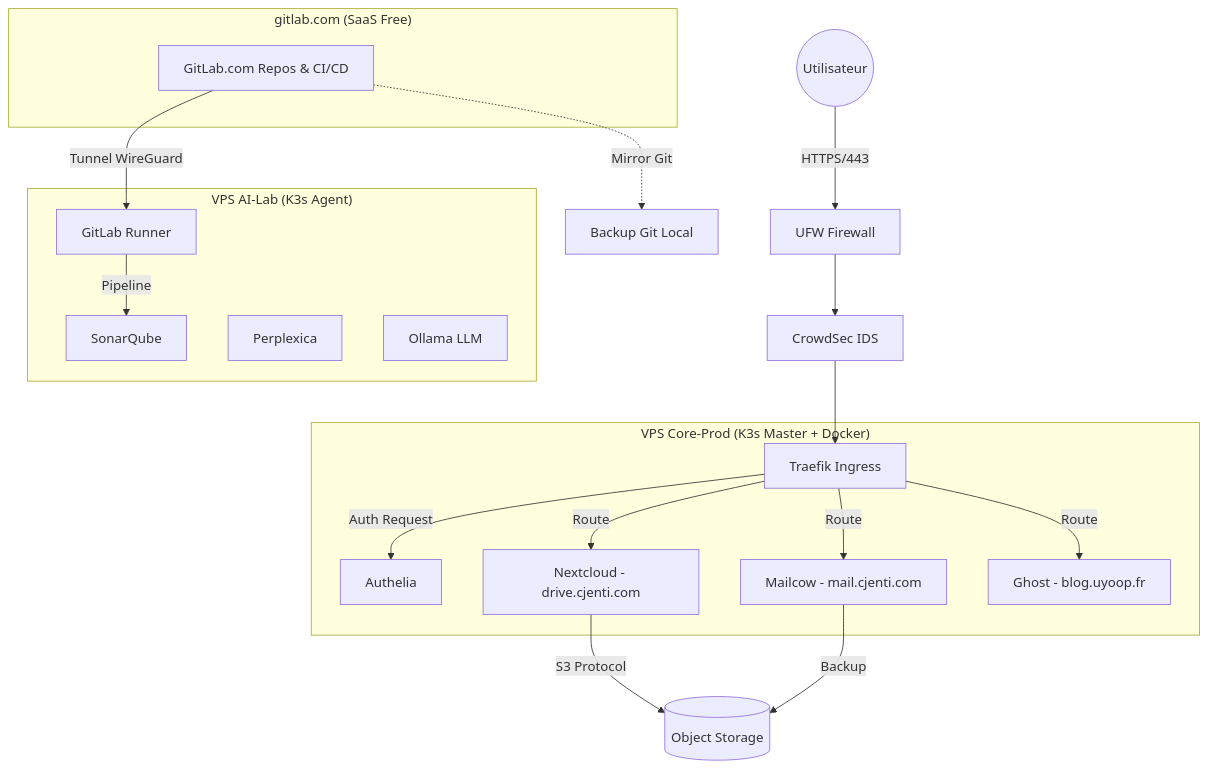
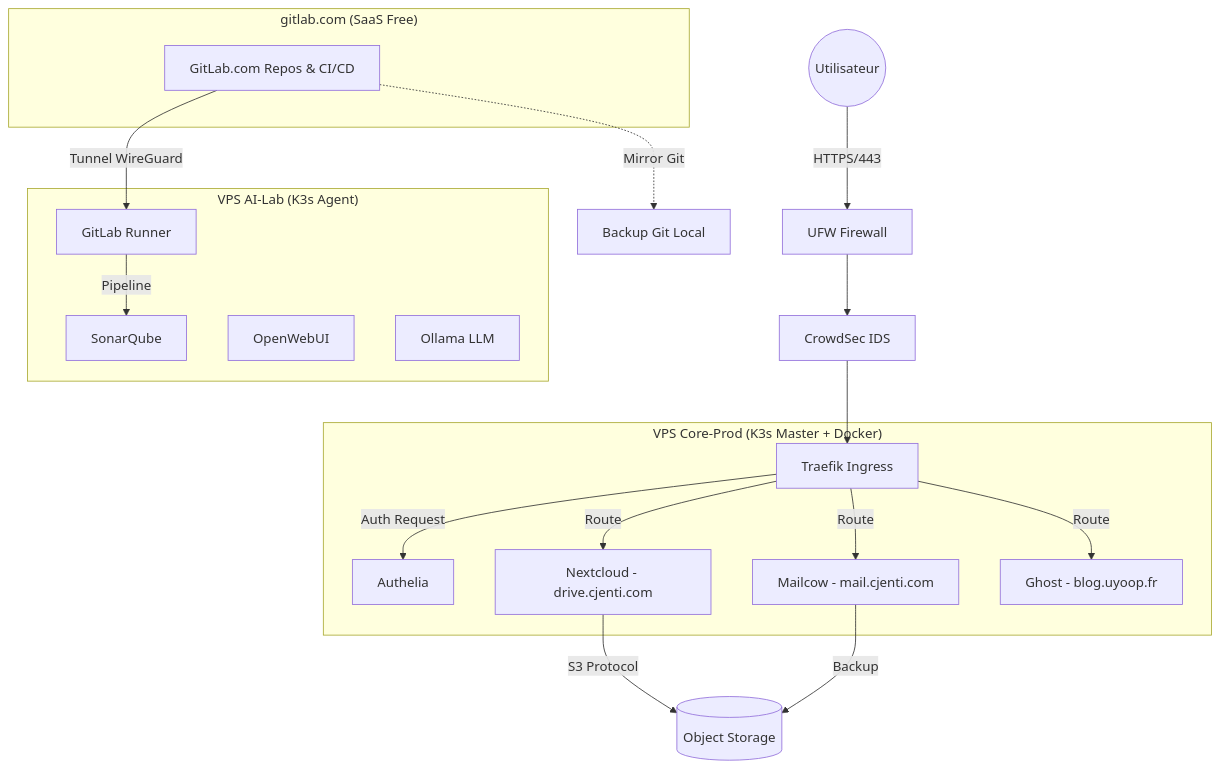
Before and after one commit to uyoop/vps-project: the diagram in DOSSIER-COMPLET-UYOOP.md, drawn with Mermaid. The commit also changed other lines of this file and 29 other files, not shown here.

````diff
--- a/DOSSIER-COMPLET-UYOOP.md
+++ b/DOSSIER-COMPLET-UYOOP.md
@@ -174,30 +180,30 @@
 ```mermaid
 graph TD
     User((Utilisateur)) -->|HTTPS/443| UFW[UFW Firewall]
     UFW --> CS[CrowdSec IDS]
     CS --> Traefik[Traefik Ingress]
     
     subgraph "VPS Core-Prod (K3s Master + Docker)"
         Traefik -->|Auth Request| Authelia
         Traefik -->|Route| Mailcow[Mailcow - mail.cjenti.com]
         Traefik -->|Route| Nextcloud[Nextcloud - drive.cjenti.com]
         Traefik -->|Route| Ghost[Ghost - blog.uyoop.fr]
     end
     
     subgraph "gitlab.com (SaaS Free)"
         GitLabSaaS[GitLab.com Repos & CI/CD]
     end
     
     subgraph "VPS AI-Lab (K3s Agent)"
         Runner[GitLab Runner]
         SonarQube
-        Perplexica
+        OpenWebUI
         Ollama[Ollama LLM]
     end
     
     GitLabSaaS -->|Tunnel WireGuard| Runner
     Runner -->|Pipeline| SonarQube
     Nextcloud -->|S3 Protocol| OVH_S3[(Object Storage)]
     Mailcow -->|Backup| OVH_S3
     GitLabSaaS -.->|Mirror Git| VPSBackup[Backup Git Local]
 ```
````
